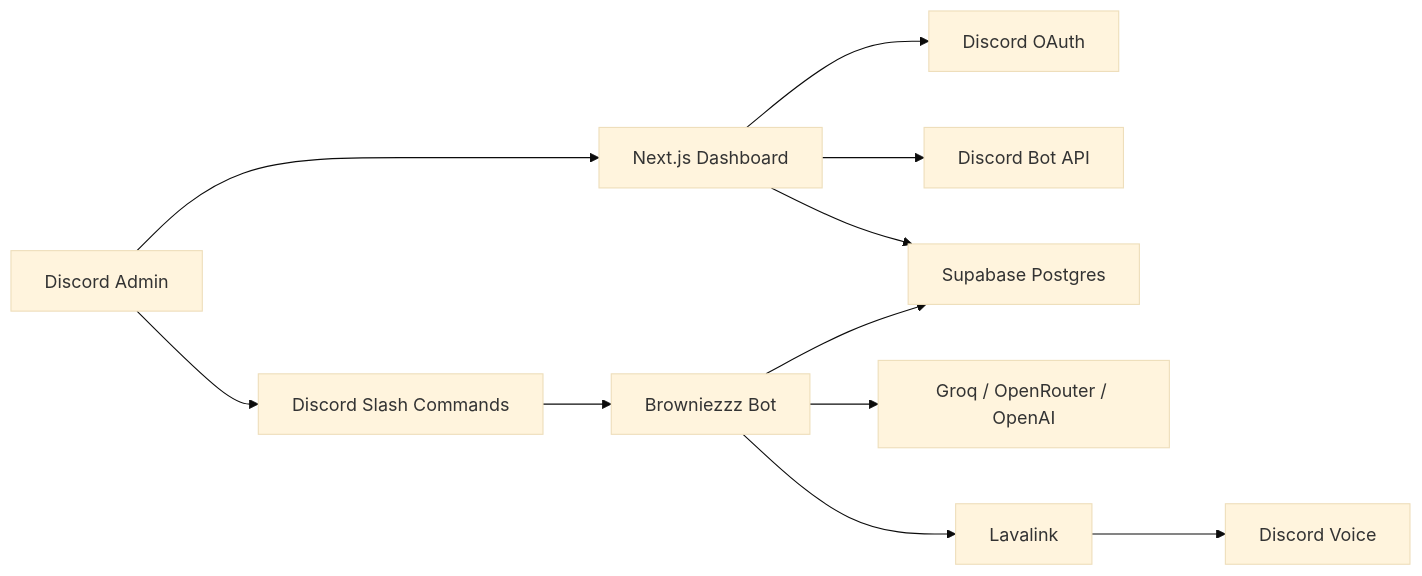
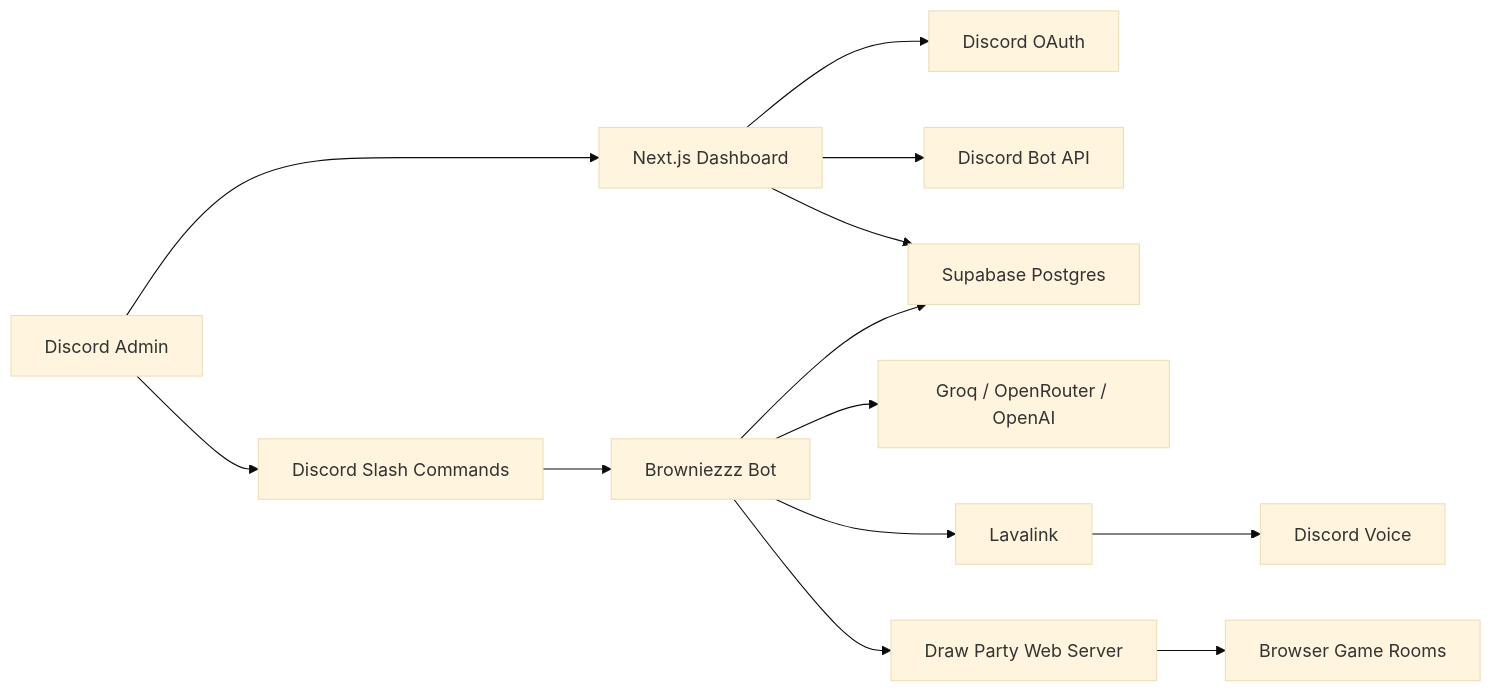
One commit to Eclipxse/Brownizzz changed the diagram in README.md. Above: the diagram before and after it, drawn with Mermaid (base theme). The commit also changed other lines of this file and 11 other files, not shown here.

Commit message:
Add Brownie Draw Party game

````diff
--- a/README.md
+++ b/README.md
@@ -69,13 +72,15 @@
 ```mermaid
 flowchart LR
   Admin["Discord Admin"] --> Dashboard["Next.js Dashboard"]
   Admin --> Discord["Discord Slash Commands"]
   Dashboard --> OAuth["Discord OAuth"]
   Dashboard --> BotAPI["Discord Bot API"]
   Dashboard --> DB["Supabase Postgres"]
   Discord --> Bot["Browniezzz Bot"]
   Bot --> DB
   Bot --> AI["Groq / OpenRouter / OpenAI"]
   Bot --> Lava["Lavalink"]
+  Bot --> Game["Draw Party Web Server"]
   Lava --> Voice["Discord Voice"]
+  Game --> Browser["Browser Game Rooms"]
 ```
````
